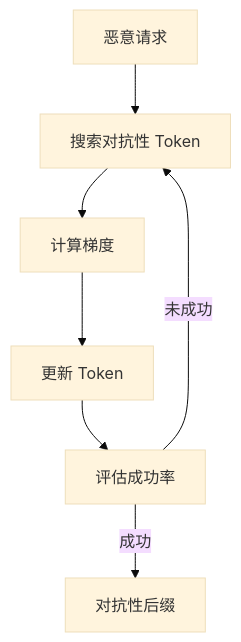
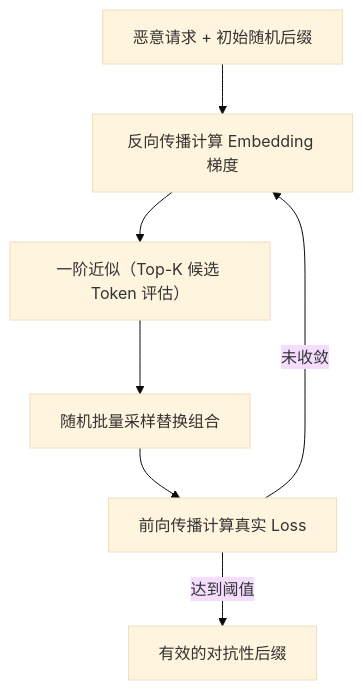
Before and after one commit to yeasy/ai_security_guide: the second of 5 diagrams in 06_data_model_attacks/6.5_adversarial_robustness.md, drawn with Mermaid (base theme). The commit also changed other lines of this file and 74 other files, not shown here.

````diff
--- a/06_data_model_attacks/6.5_adversarial_robustness.md
+++ b/06_data_model_attacks/6.5_adversarial_robustness.md
@@ -42,9 +45,9 @@
 ```mermaid
 flowchart TB
-    A["恶意请求"] --> B["搜索对抗性 Token"]
-    B --> C["计算梯度"]
-    C --> D["更新 Token"]
-    D --> E["评估成功率"]
-    E --> |未成功| B
-    E --> |成功| F["对抗性后缀"]
+    A["恶意请求 + 初始随机后缀"] --> B["反向传播计算 Embedding 梯度"]
+    B --> C["一阶近似（Top-K 候选 Token 评估）"]
+    C --> D["随机批量采样替换组合"]
+    D --> E["前向传播计算真实 Loss"]
+    E --> |未收敛| B
+    E --> |达到阈值| F["有效的对抗性后缀"]
 ```
````
